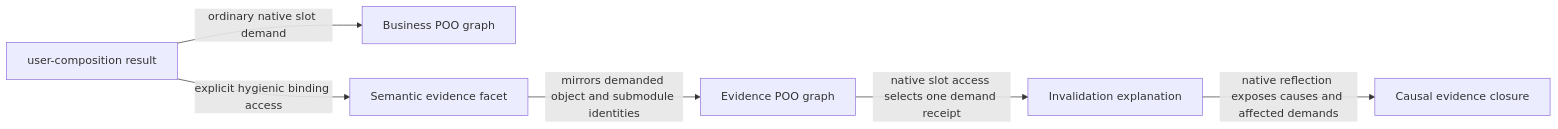
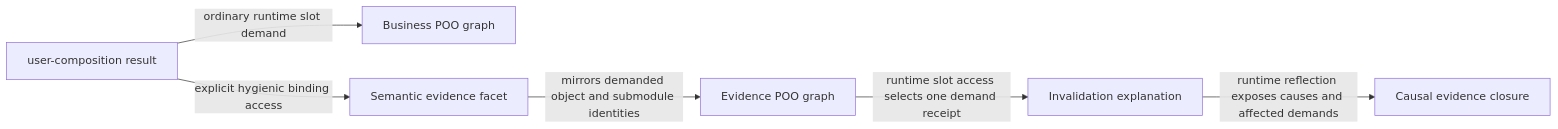
One commit to tao3k/gebril-yuanxu changed the first of 4 diagrams in module-system/design/45-37-user-composition-semantic-evidence-facet.org. Above: the diagram before and after it, drawn with Mermaid. The commit also changed other lines of this file and 1469 other files, not shown here.

```diff
--- a/module-system/design/45-37-user-composition-semantic-evidence-facet.org
+++ b/module-system/design/45-37-user-composition-semantic-evidence-facet.org
@@ -71,8 +81,8 @@
 #+begin_src mermaid
 flowchart LR
-  U["user-composition result"] -->|"ordinary native slot demand"| V["Business POO graph"]
+  U["user-composition result"] -->|"ordinary runtime slot demand"| V["Business POO graph"]
   U -->|"explicit hygienic binding access"| E["Semantic evidence facet"]
   E -->|"mirrors demanded object and submodule identities"| G["Evidence POO graph"]
-  G -->|"native slot access selects one demand receipt"| X["Invalidation explanation"]
-  X -->|"native reflection exposes causes and affected demands"| C["Causal evidence closure"]
+  G -->|"runtime slot access selects one demand receipt"| X["Invalidation explanation"]
+  X -->|"runtime reflection exposes causes and affected demands"| C["Causal evidence closure"]
 #+end_src
```
